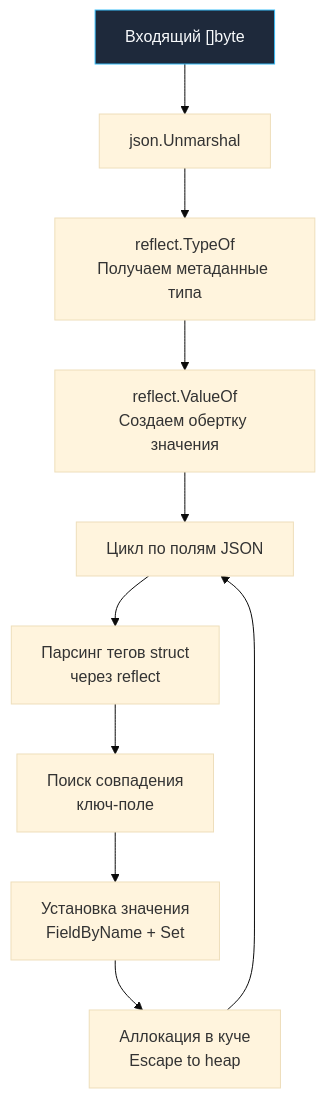
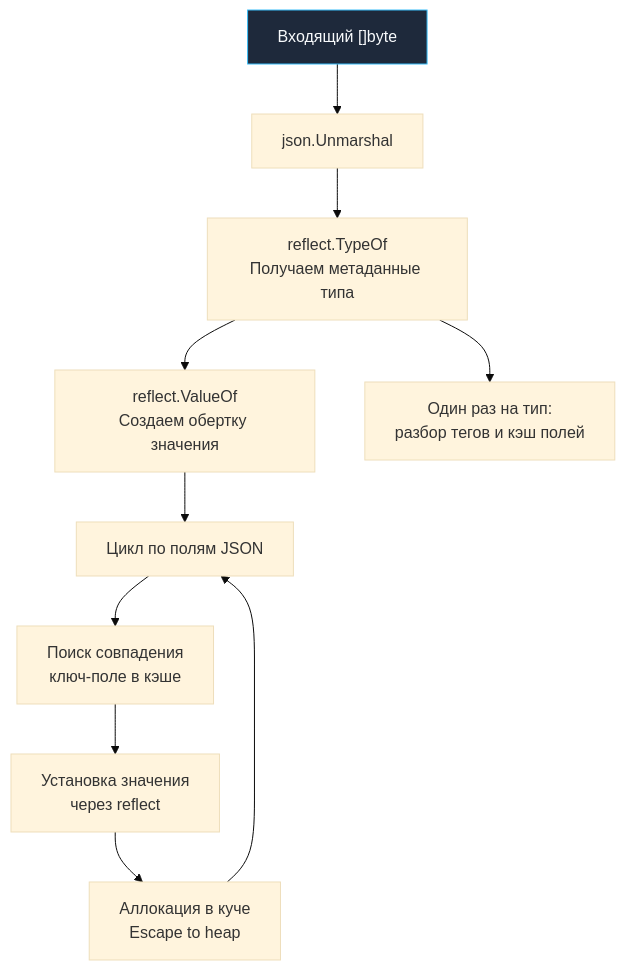
Before and after one commit to UnrealTemplier/go-textbook-ru: the diagram in sources/5. Учебник по Go (Основы и синтаксис)/30. Работа с JSON.md, drawn with Mermaid (base theme). The commit also changed other lines of this file and 43 other files, not shown here.

````diff
--- a/sources/5. Учебник по Go (Основы и синтаксис)/30. Работа с JSON.md
+++ b/sources/5. Учебник по Go (Основы и синтаксис)/30. Работа с JSON.md
@@ -180,22 +186,22 @@
 ```mermaid
 flowchart TD
     classDef process  fill:#1e293b,stroke:#38bdf8,stroke-width:1px,color:#f8fafc
     classDef success  fill:#064e3b,stroke:#34d399,stroke-width:1px,color:#f8fafc
     classDef error    fill:#7f1d1d,stroke:#f87171,stroke-width:1px,color:#f8fafc
     classDef warning  fill:#78350f,stroke:#fbbf24,stroke-width:1px,color:#f8fafc
     classDef entry    fill:#1e3a5f,stroke:#38bdf8,stroke-width:2px,color:#f8fafc
     classDef aux      fill:#334155,stroke:#64748b,stroke-width:1px,color:#f8fafc
     classDef system   fill:#312e81,stroke:#a78bfa,stroke-width:1px,color:#f8fafc
     classDef data     fill:#132d29,stroke:#2dd4bf,stroke-width:1px,color:#f8fafc
     classDef network  fill:#881337,stroke:#fb7185,stroke-width:1px,color:#f8fafc
     classDef accent   fill:#1e1b4b,stroke:#818cf8,stroke-width:1px,color:#f8fafc
     A["Входящий []byte"]:::process --> B["json.Unmarshal"]
     B --> C["reflect.TypeOf<br/>Получаем метаданные типа"]
     C --> D["reflect.ValueOf<br/>Создаем обертку значения"]
     D --> E["Цикл по полям JSON"]
-    E --> F["Парсинг тегов struct<br/>через reflect"]
-    F --> G["Поиск совпадения<br/>ключ-поле"]
-    G --> H["Установка значения<br/>FieldByName + Set"]
+    C --> T["Один раз на тип:<br/>разбор тегов и кэш полей"]
+    E --> G["Поиск совпадения<br/>ключ-поле в кэше"]
+    G --> H["Установка значения<br/>через reflect"]
     H --> I["Аллокация в куче<br/>Escape to heap"]
     I --> E
 ```
````
